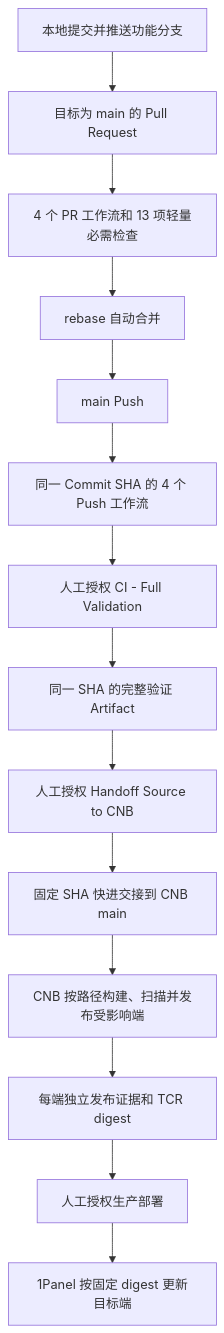
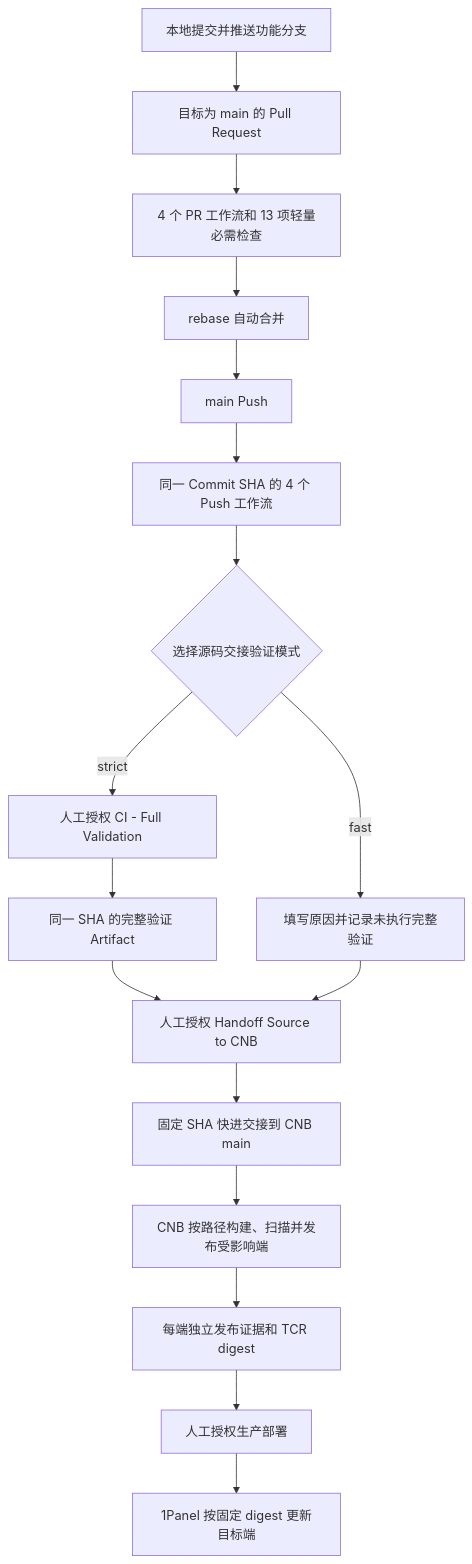
Before and after one commit to jinmozhe/pinjie-fullstack-base: the diagram in docs/operations/github-actions-workflows.md, drawn with Mermaid. The commit also changed other lines of this file and 10 other files, not shown here.

````diff
--- a/docs/operations/github-actions-workflows.md
+++ b/docs/operations/github-actions-workflows.md
@@ -23,16 +23,19 @@
 ```mermaid
 flowchart TD
     A["本地提交并推送功能分支"] --> B["目标为 main 的 Pull Request"]
     B --> C["4 个 PR 工作流和 13 项轻量必需检查"]
     C --> D["rebase 自动合并"]
     D --> E["main Push"]
     E --> G["同一 Commit SHA 的 4 个 Push 工作流"]
-    G --> F["人工授权 CI - Full Validation"]
+    G --> V{"选择源码交接验证模式"}
+    V -->|strict| F["人工授权 CI - Full Validation"]
     F --> N["同一 SHA 的完整验证 Artifact"]
     N --> H["人工授权 Handoff Source to CNB"]
+    V -->|fast| R["填写原因并记录未执行完整验证"]
+    R --> H
     H --> I["固定 SHA 快进交接到 CNB main"]
     I --> J["CNB 按路径构建、扫描并发布受影响端"]
     J --> M["每端独立发布证据和 TCR digest"]
     M --> K["人工授权生产部署"]
     K --> L["1Panel 按固定 digest 更新目标端"]
 ```
````
